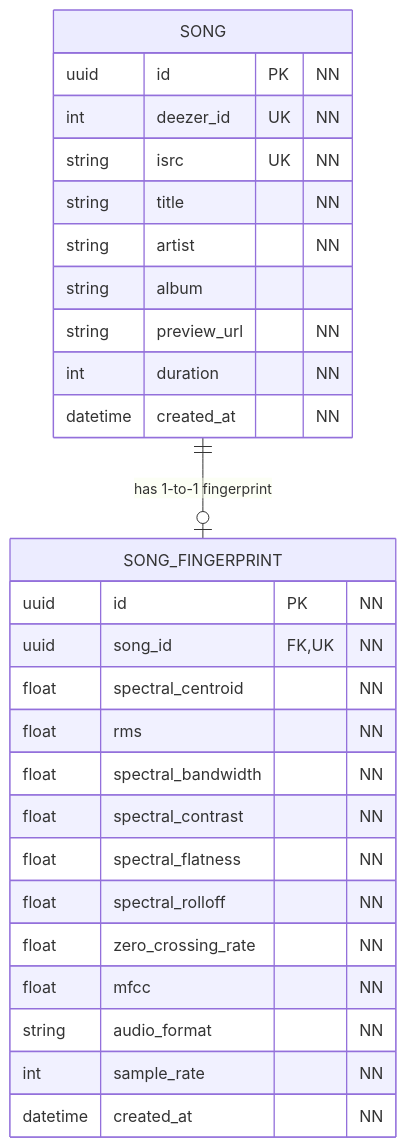
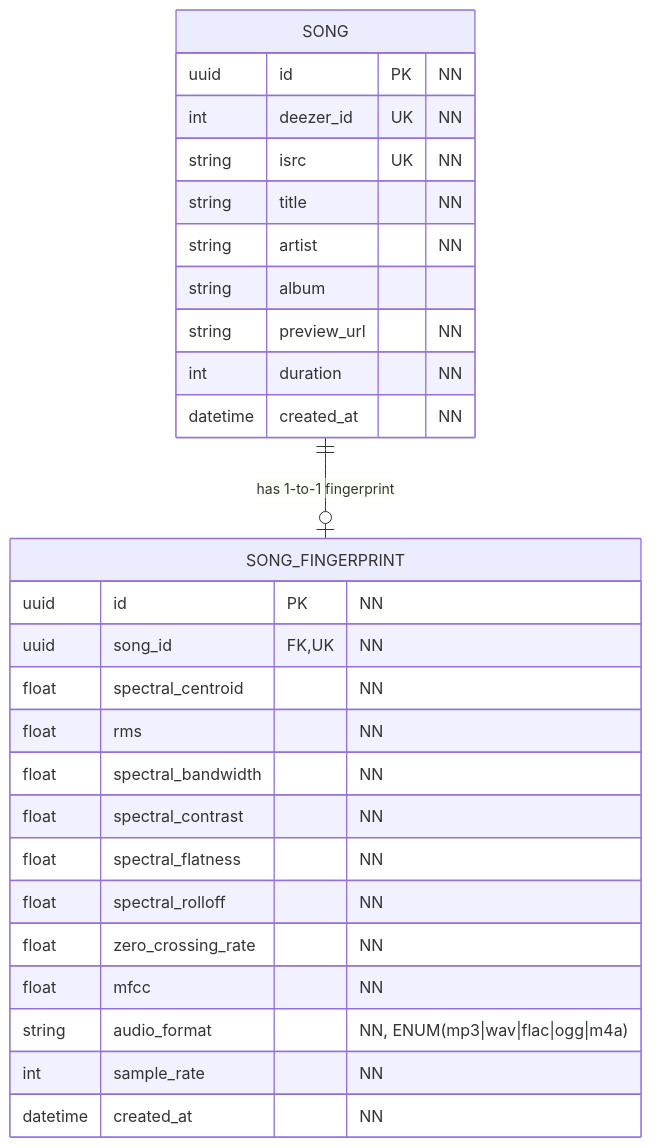
One commit to AhmedAl-Hayali/AgenticGenreGuru changed the first of 2 diagrams in specs/001-song-fingerprint-engine/data-model.md. Above: the diagram before and after it, drawn with Mermaid. The commit also changed other lines of this file and 2 other files, not shown here.

Commit message:
docs(specs): include additional (unlikely, but for completeness) audio formats to spec docs

````diff
--- a/specs/001-song-fingerprint-engine/data-model.md
+++ b/specs/001-song-fingerprint-engine/data-model.md
@@ -49,32 +51,32 @@
 ```mermaid
 erDiagram
     SONG ||--o| SONG_FINGERPRINT : "has 1-to-1 fingerprint"
 
     SONG {
         uuid id PK "NN"
         int deezer_id UK "NN"
         string isrc UK "NN"
         string title "NN"
         string artist "NN"
         string album
         string preview_url "NN"
         int duration "NN"
         datetime created_at "NN"
     }
 
     SONG_FINGERPRINT {
         uuid id PK "NN"
         uuid song_id FK, UK "NN"
         float spectral_centroid  "NN"
         float rms  "NN"
         float spectral_bandwidth  "NN"
         float spectral_contrast  "NN"
         float spectral_flatness  "NN"
         float spectral_rolloff  "NN"
         float zero_crossing_rate  "NN"
         float mfcc  "NN"
-        string audio_format  "NN"
+        string audio_format  "NN, ENUM(mp3|wav|flac|ogg|m4a)"
         int sample_rate  "NN"
         datetime created_at  "NN"
     }
 ```
````
